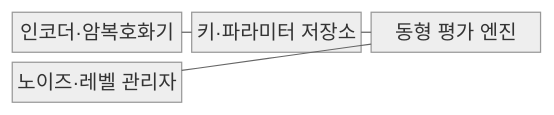
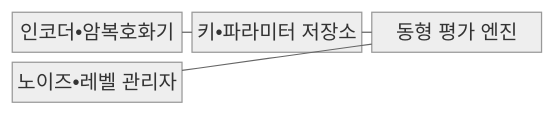
Before and after one commit to agnusdei1207/knowledge-base: the first of 2 diagrams in src/content/docs/notes/05-security/015_homomorphic_encryption.md, drawn with Mermaid (neutral theme). The commit also changed other lines of this file and 953 other files, not shown here.

````diff
--- a/src/content/docs/notes/05-security/015_homomorphic_encryption.md
+++ b/src/content/docs/notes/05-security/015_homomorphic_encryption.md
@@ -68,11 +68,11 @@
 ```mermaid
 block-beta
     columns 3
-    E["인코더·암복호화기"]
-    K["키·파라미터 저장소"]
+    E["인코더•암복호화기"]
+    K["키•파라미터 저장소"]
     V["동형 평가 엔진"]
-    N["노이즈·레벨 관리자"]
+    N["노이즈•레벨 관리자"]
     E --- K
     K --- V
     V --- N
 ```
````
